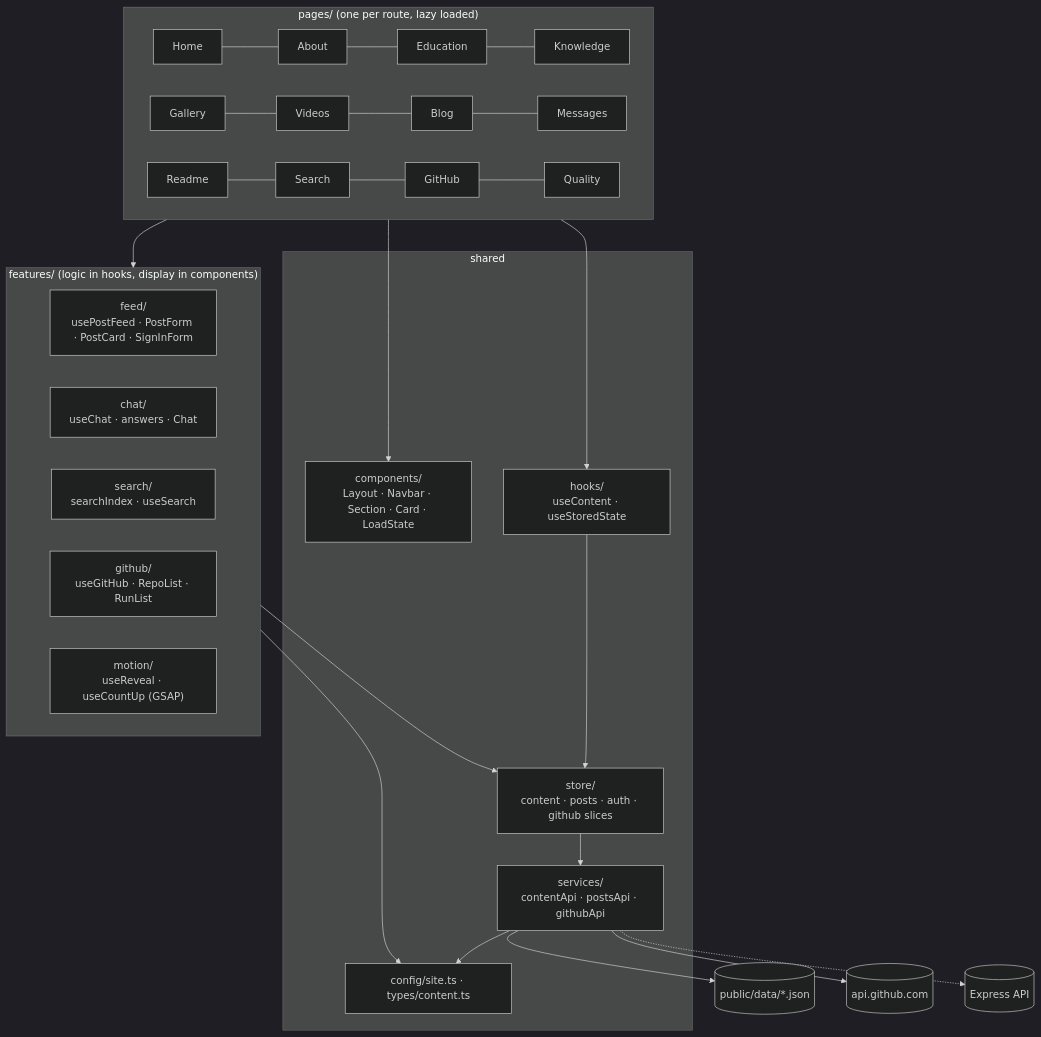
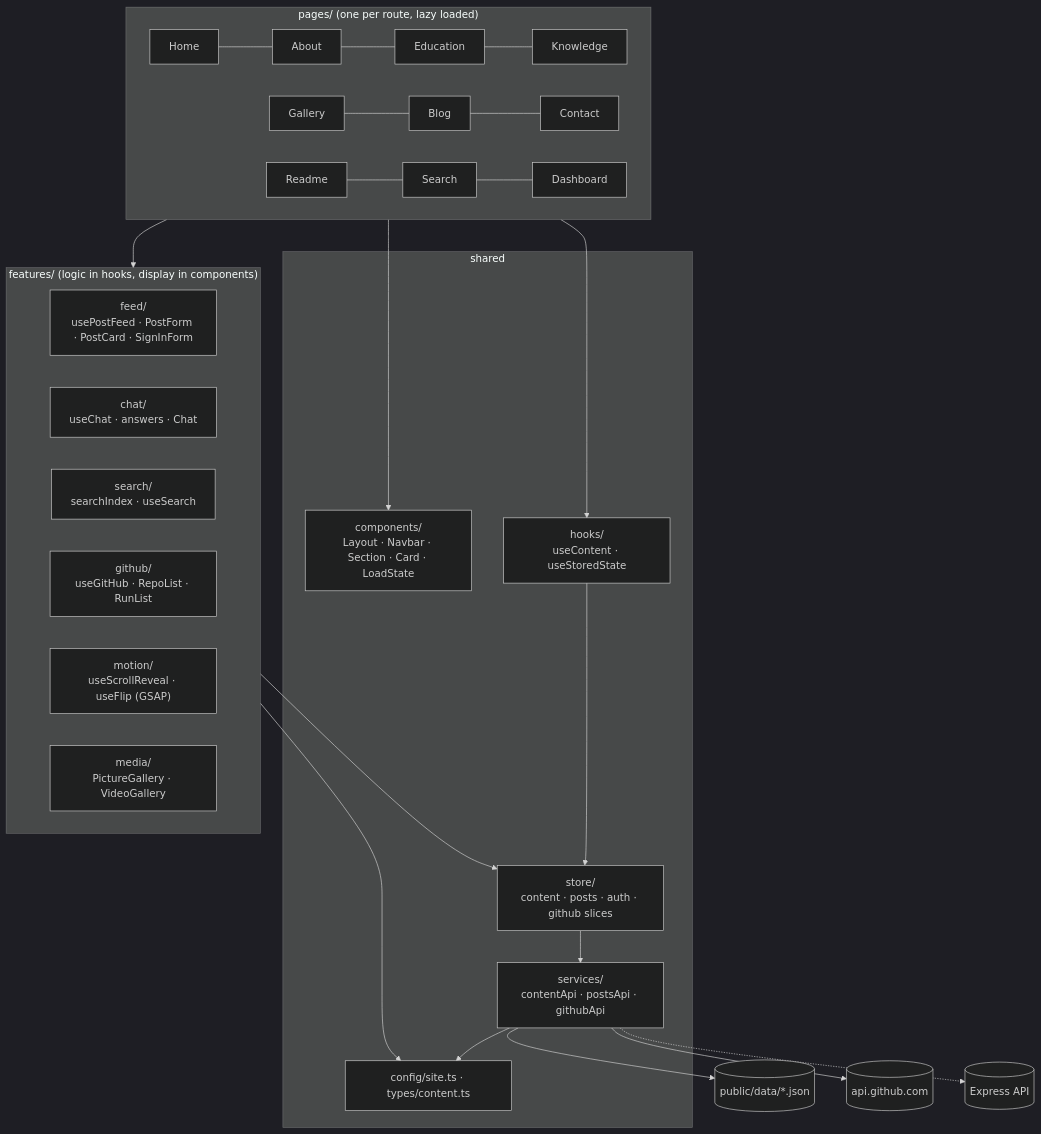
One commit to Jagruti731/cs5709-digital-portfolio changed the diagram in docs/diagrams/modules-v2.mmd. Above: the diagram before and after it, drawn with Mermaid (dark theme). The commit also changed 33 other files, not shown here.

```diff
--- a/docs/diagrams/modules-v2.mmd
+++ b/docs/diagrams/modules-v2.mmd
@@ -1,31 +1,32 @@
 flowchart TB
   subgraph PAGES["pages/ (one per route, lazy loaded)"]
     home[Home] --- about[About] --- edu[Education] --- know[Knowledge]
-    gal[Gallery] --- vid[Videos] --- blog[Blog] --- msg[Messages]
-    rd[Readme] --- srch[Search] --- ghp[GitHub] --- q[Quality]
+    gal[Gallery] --- blog[Blog] --- msg[Contact]
+    rd[Readme] --- srch[Search] --- dash[Dashboard]
   end
   subgraph FEATURES["features/ (logic in hooks, display in components)"]
     feed["feed/<br/>usePostFeed · PostForm · PostCard · SignInForm"]
     chat["chat/<br/>useChat · answers · Chat"]
     search["search/<br/>searchIndex · useSearch"]
     github["github/<br/>useGitHub · RepoList · RunList"]
-    motion["motion/<br/>useReveal · useCountUp (GSAP)"]
+    motion["motion/<br/>useScrollReveal · useFlip (GSAP)"]
+    media["media/<br/>PictureGallery · VideoGallery"]
   end
   subgraph CORE["shared"]
     comps["components/<br/>Layout · Navbar · Section · Card · LoadState"]
     hooks["hooks/<br/>useContent · useStoredState"]
     store["store/<br/>content · posts · auth · github slices"]
     services["services/<br/>contentApi · postsApi · githubApi"]
     cfg["config/site.ts · types/content.ts"]
   end
   PAGES --> comps
   PAGES --> FEATURES
   PAGES --> hooks
   FEATURES --> store
   hooks --> store
   store --> services
   services --> data[("public/data/*.json")]
   services --> ghapi[("api.github.com")]
   services -.-> apisrv[("Express API")]
   FEATURES --> cfg
   services --> cfg
```
